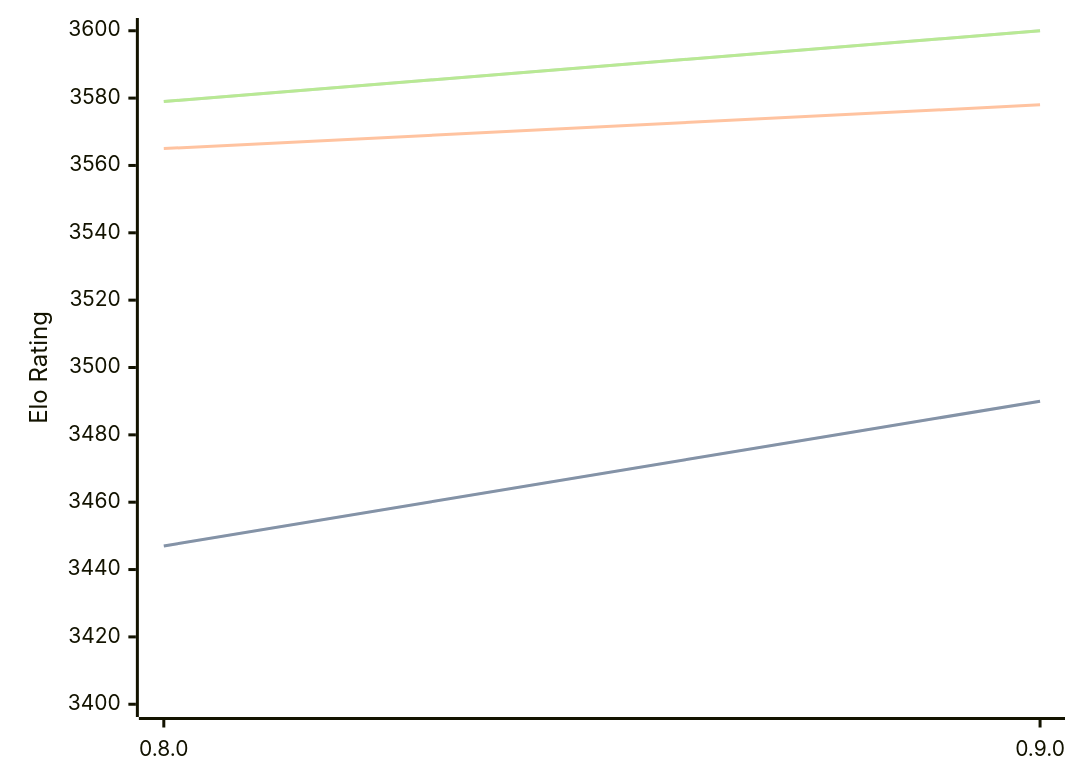
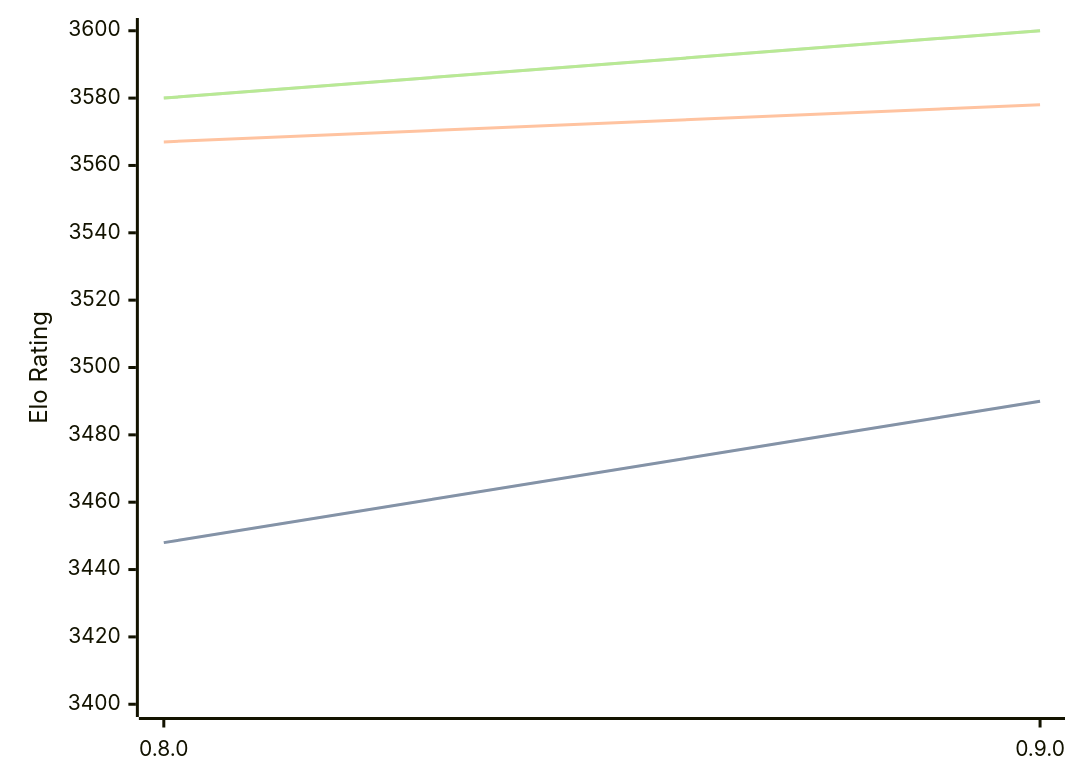
Before and after one commit to computer-chess-index/cci: the diagram in engines/Reckless.md, drawn with Mermaid. The commit also changed other lines of this file, not shown here.

Commit message:
Update CCI Ratings (ELO VLTC) - 2026-09-14

````diff
--- a/engines/Reckless.md
+++ b/engines/Reckless.md
@@ -32,11 +32,11 @@
 ```mermaid
 %%{init: {"theme":"base","themeVariables":{"seriesColors:['#a3a3a3','#222221','#faa371']}}}%%
 xychart-beta
   x-axis ["0.8.0", "0.9.0"]
   y-axis "Elo Rating" 3400 --> 3600
-  line "" [3447, 3490]
-  line "STC (8.0+0.08s)" [3447, 3490]
-  line "LTC (60.0+0.60s)" [3565, 3578]
-  line "" [3579, 3600]
-  line "VLTC (2m24s+1.12s)" [3579, 3600]
+  line "" [3448, 3490]
+  line "STC (8.0+0.08s)" [3448, 3490]
+  line "LTC (60.0+0.60s)" [3567, 3578]
+  line "" [3580, 3600]
+  line "VLTC (2m24s+1.12s)" [3580, 3600]
 ```
````
